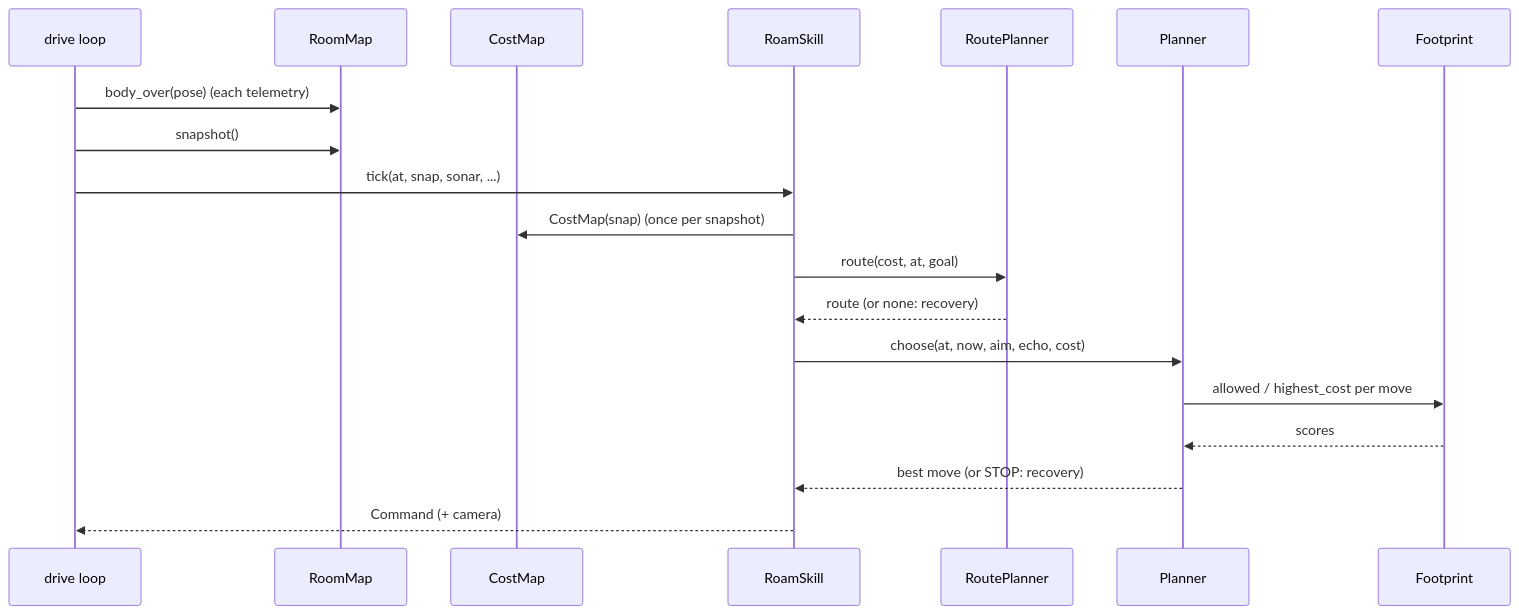
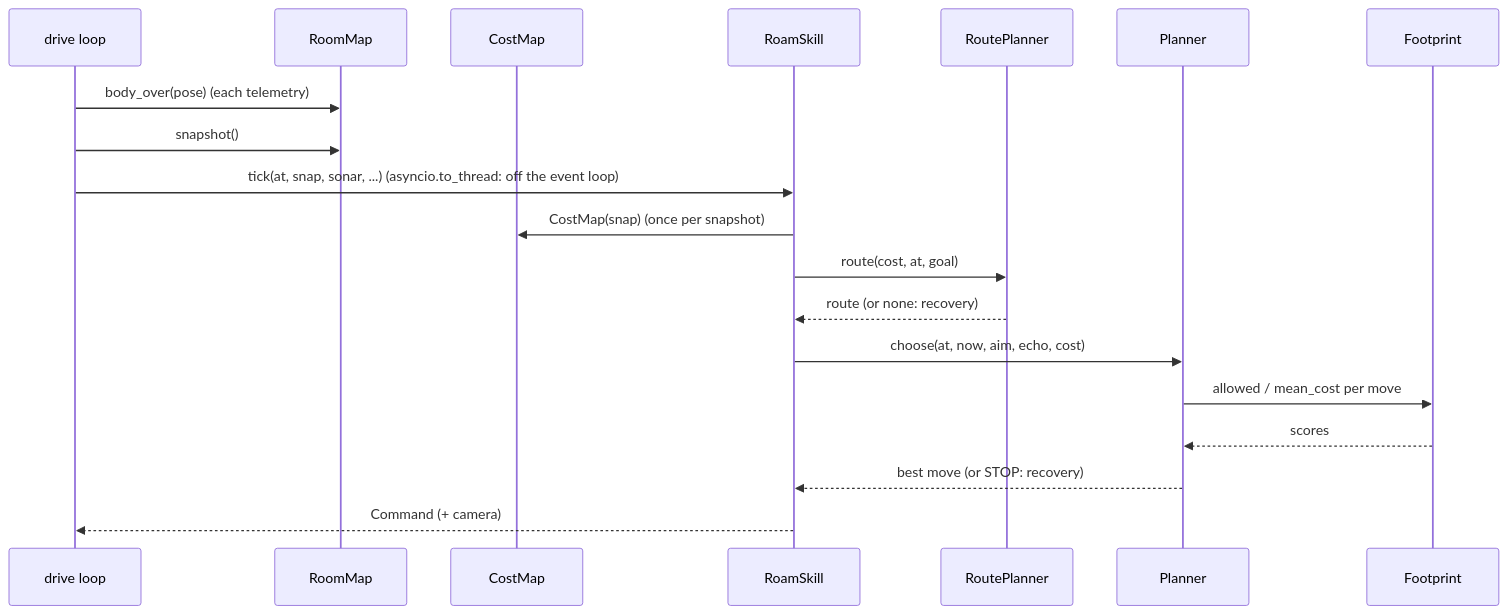
Diagram 27 of 29 in docs/lld/ai-engine-lld.md (mannuray/conqueror), drawn with Mermaid before and after one commit. The commit also changed other lines of this file and 2 other files, not shown here.

````diff
--- a/docs/lld/ai-engine-lld.md
+++ b/docs/lld/ai-engine-lld.md
@@ -1694,21 +1739,21 @@
 ```mermaid
 sequenceDiagram
   participant L as drive loop
   participant M as RoomMap
   participant C as CostMap
   participant S as RoamSkill
   participant R as RoutePlanner
   participant P as Planner
   participant F as Footprint
   L->>M: body_over(pose) (each telemetry)
   L->>M: snapshot()
-  L->>S: tick(at, snap, sonar, ...)
+  L->>S: tick(at, snap, sonar, ...) (asyncio.to_thread: off the event loop)
   S->>C: CostMap(snap) (once per snapshot)
   S->>R: route(cost, at, goal)
   R-->>S: route (or none: recovery)
   S->>P: choose(at, now, aim, echo, cost)
-  P->>F: allowed / highest_cost per move
+  P->>F: allowed / mean_cost per move
   F-->>P: scores
   P-->>S: best move (or STOP: recovery)
   S-->>L: Command (+ camera)
 ```
````
